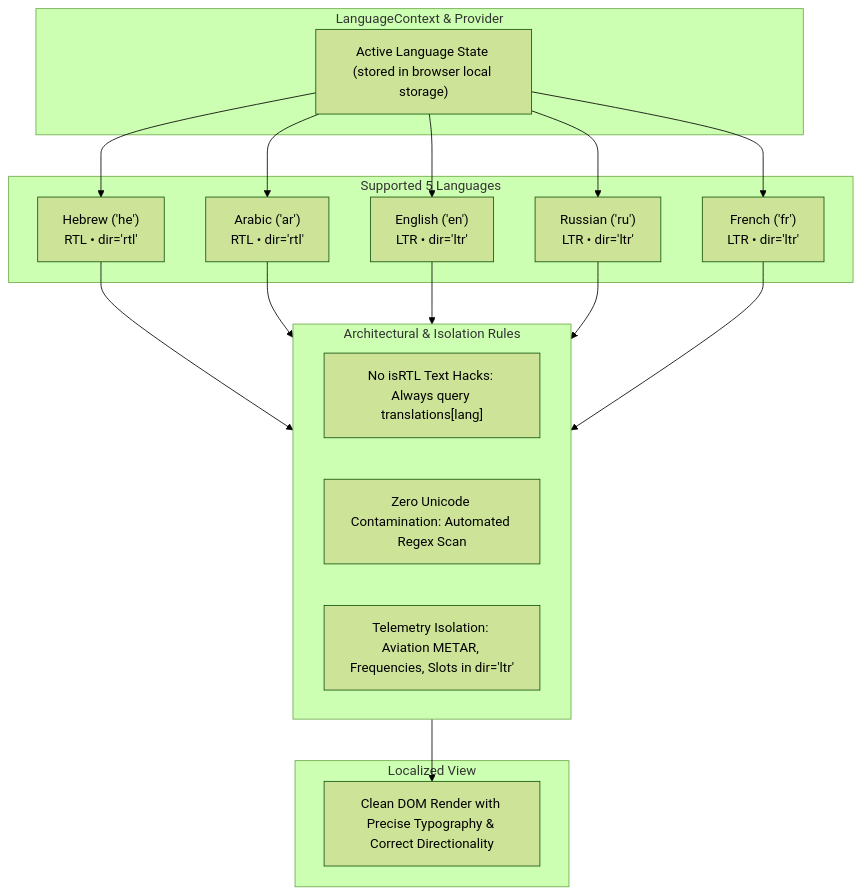
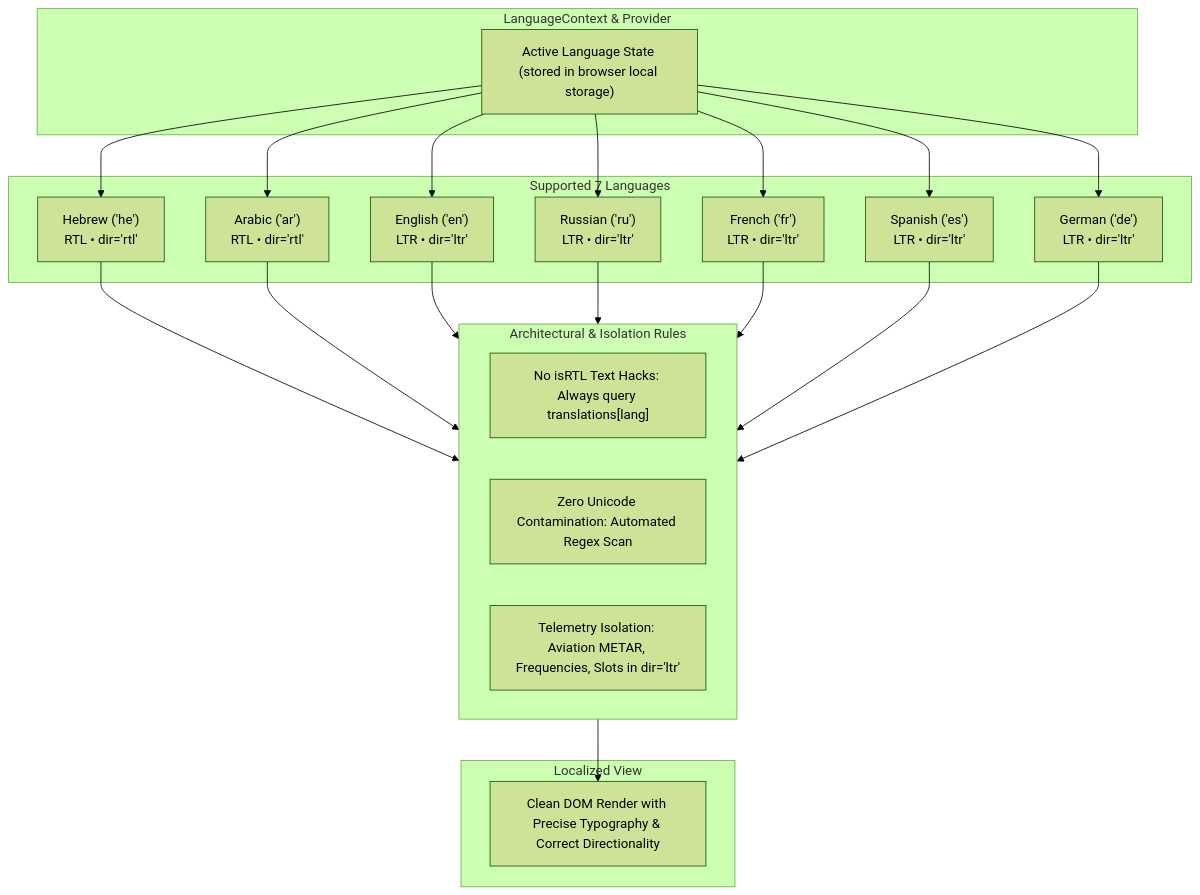
The sixth of 7 diagrams in ARCHITECTURE.md (hatan4ik/simdream-website), drawn with Mermaid (forest theme) before and after one commit. The commit also changed other lines of this file and 11 other files, not shown here.

Commit message:
docs: reconcile verified architecture contracts

````diff
--- a/ARCHITECTURE.md
+++ b/ARCHITECTURE.md
@@ -264,38 +266,44 @@
 ```mermaid
 flowchart TD
     subgraph LangContext["LanguageContext & Provider"]
         SelectedLang["Active Language State (stored in browser local storage)"]
     end
 
-    subgraph Languages["Supported 5 Languages"]
+    subgraph Languages["Supported 7 Languages"]
         HE["Hebrew ('he')<br/>RTL • dir='rtl'"]
         AR["Arabic ('ar')<br/>RTL • dir='rtl'"]
         EN["English ('en')<br/>LTR • dir='ltr'"]
         RU["Russian ('ru')<br/>LTR • dir='ltr'"]
         FR["French ('fr')<br/>LTR • dir='ltr'"]
+        ES["Spanish ('es')<br/>LTR • dir='ltr'"]
+        DE["German ('de')<br/>LTR • dir='ltr'"]
     end
 
     subgraph StrictRules["Architectural & Isolation Rules"]
         Rule1["No isRTL Text Hacks: Always query translations[lang]"]
         Rule2["Zero Unicode Contamination: Automated Regex Scan"]
         Rule3["Telemetry Isolation: Aviation METAR, Frequencies, Slots in dir='ltr'"]
     end
 
     subgraph Output["Localized View"]
         DOM["Clean DOM Render with Precise Typography & Correct Directionality"]
     end
 
     SelectedLang --> HE
     SelectedLang --> AR
     SelectedLang --> EN
     SelectedLang --> RU
     SelectedLang --> FR
+    SelectedLang --> ES
+    SelectedLang --> DE
 
     HE --> StrictRules
     AR --> StrictRules
     EN --> StrictRules
     RU --> StrictRules
     FR --> StrictRules
+    ES --> StrictRules
+    DE --> StrictRules
 
     StrictRules --> DOM
 ```
````
